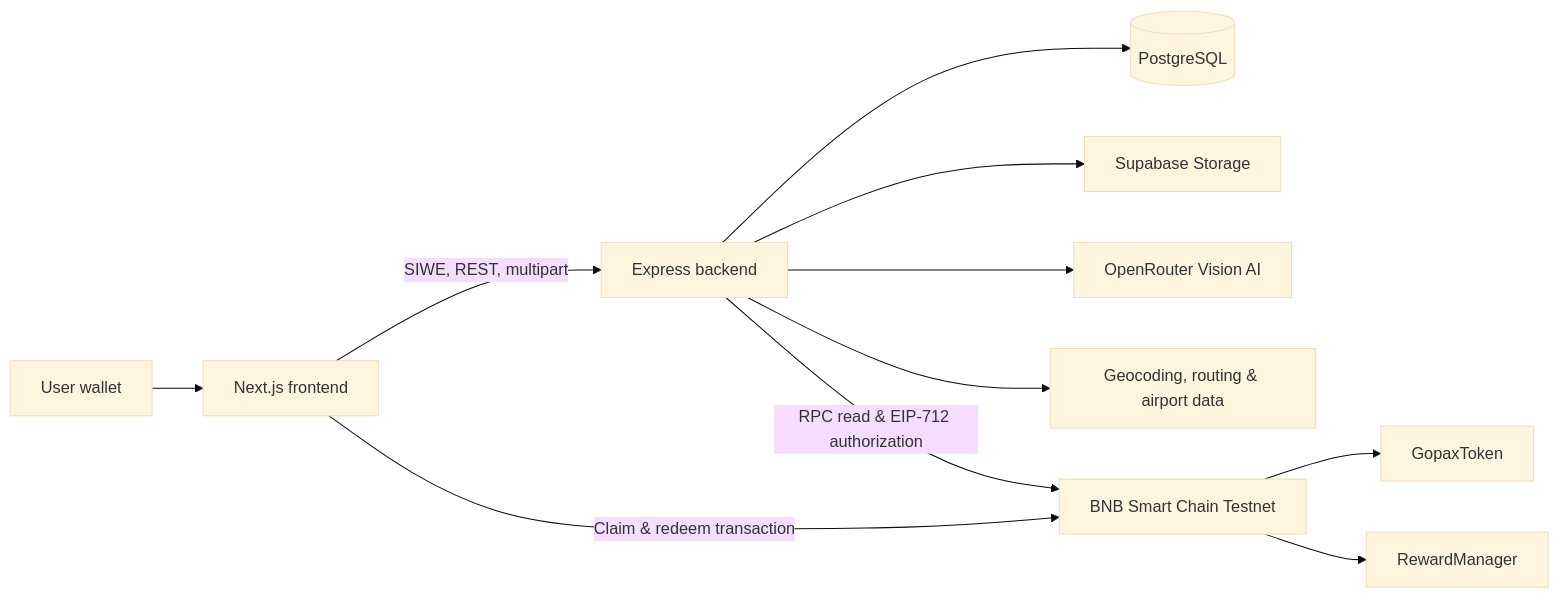
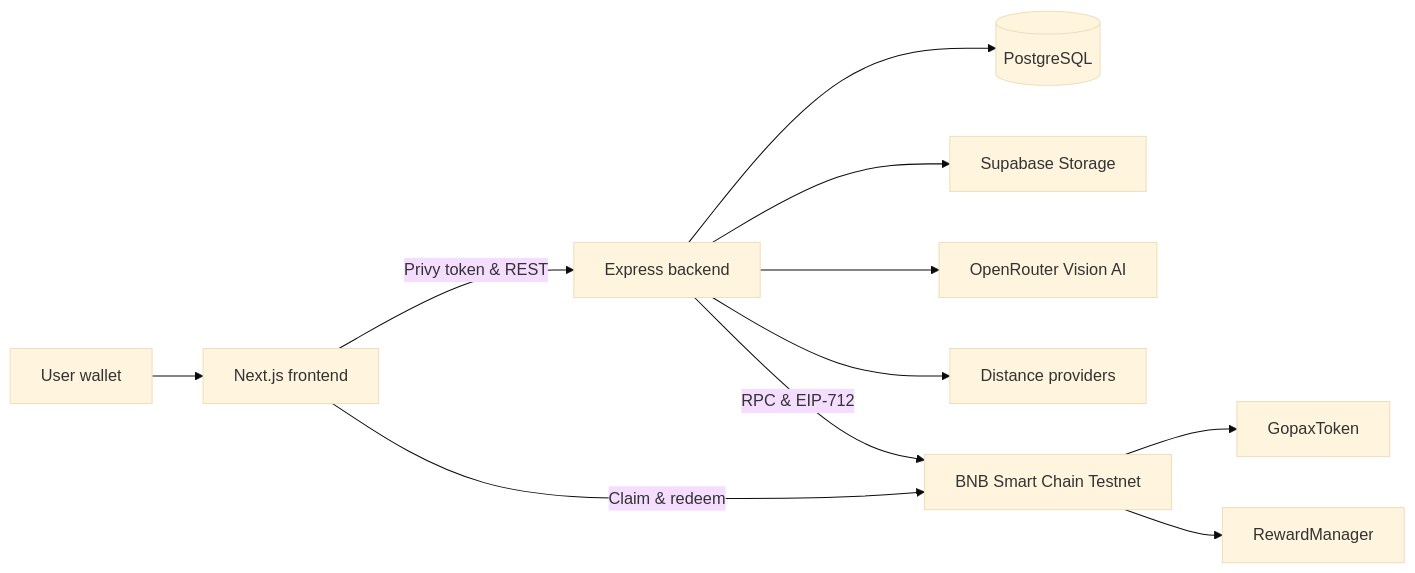
The diagram in README.md (Mayhikall/gopax), drawn with Mermaid (base theme) before and after one commit. The commit also changed other lines of this file and 40 other files, not shown here.

Commit message:
feat: integrate privy auth and update smart contract deployment

````diff
--- a/README.md
+++ b/README.md
@@ -105,13 +24,13 @@
 ```mermaid
 flowchart LR
     U[User wallet] --> F[Next.js frontend]
-    F -->|SIWE, REST, multipart| B[Express backend]
+    F -->|Privy token & REST| B[Express backend]
     B --> P[(PostgreSQL)]
     B --> S[Supabase Storage]
     B --> A[OpenRouter Vision AI]
-    B --> D[Geocoding, routing & airport data]
-    B -->|RPC read & EIP-712 authorization| C[BNB Smart Chain Testnet]
-    F -->|Claim & redeem transaction| C
+    B --> D[Distance providers]
+    B -->|RPC & EIP-712| C[BNB Smart Chain Testnet]
+    F -->|Claim & redeem| C
     C --> T[GopaxToken]
     C --> R[RewardManager]
 ```
````
